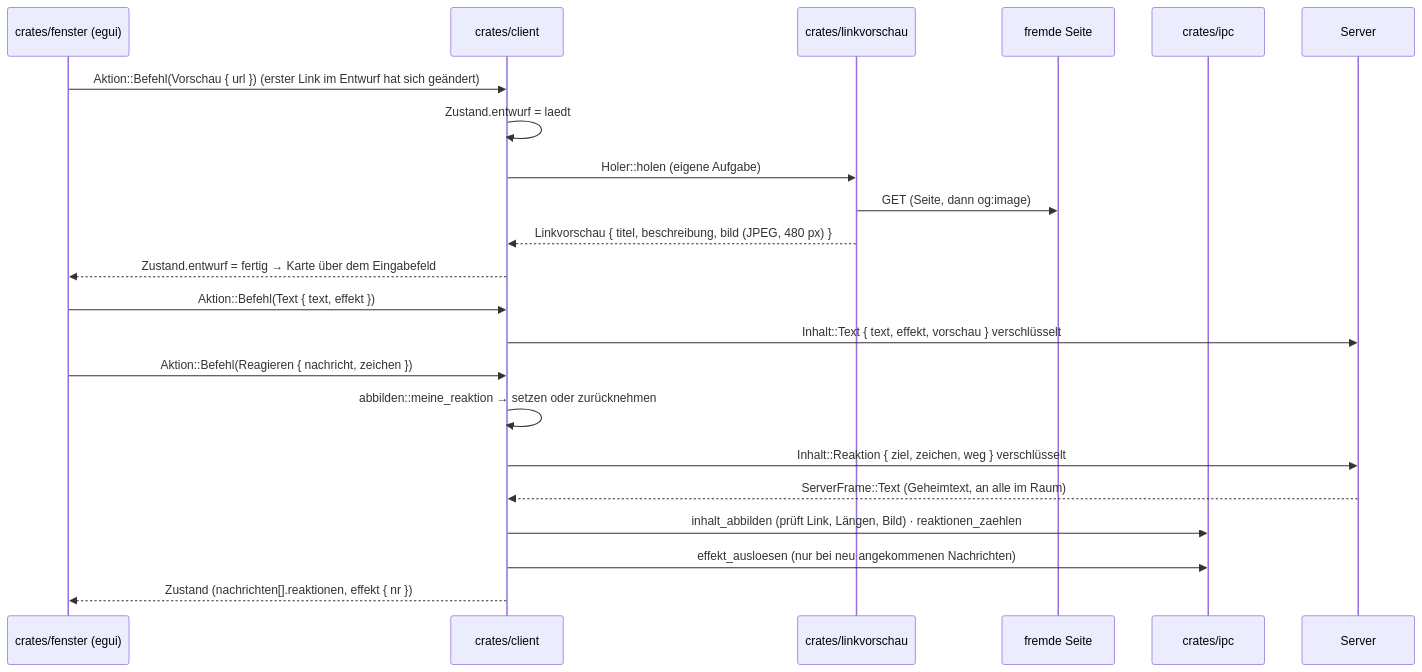
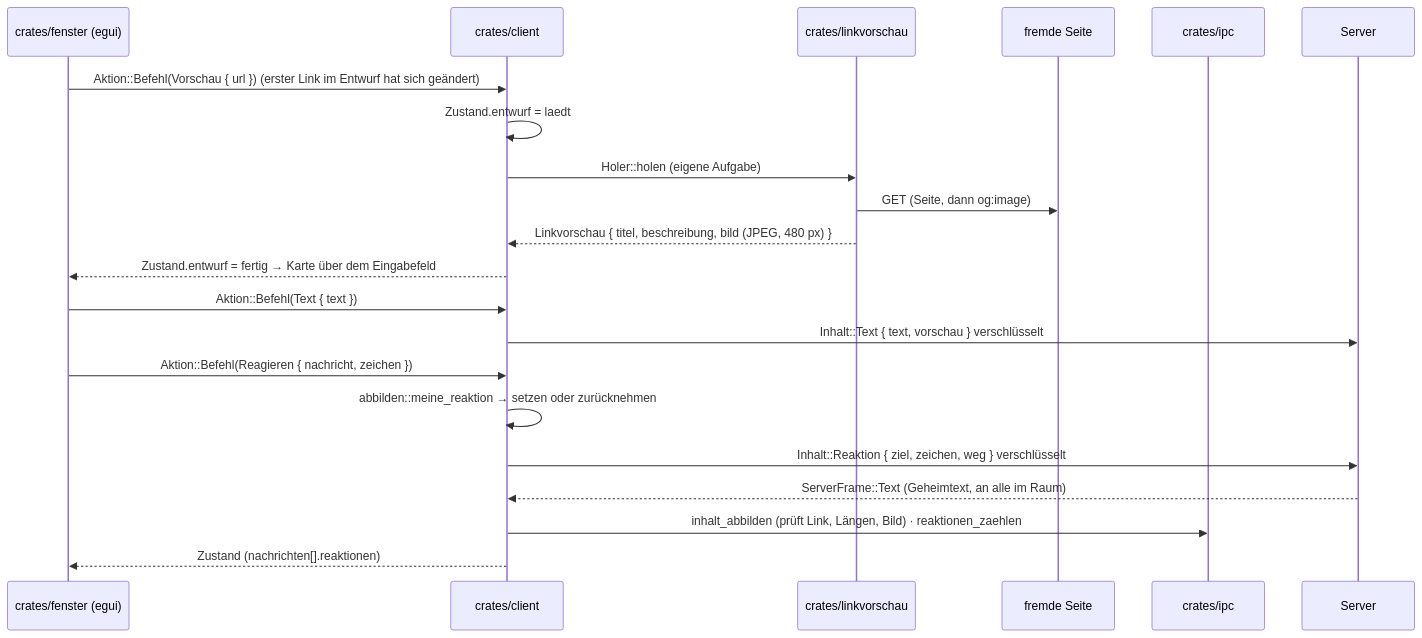
One commit to patimweb-labs/sprechwerk changed the second of 2 diagrams in docs/datenfluss.md. Above: the diagram before and after it, drawn with Mermaid. The commit also changed other lines of this file and 91 other files, not shown here.

````diff
--- a/docs/datenfluss.md
+++ b/docs/datenfluss.md
@@ -42,25 +42,24 @@
 ```mermaid
 sequenceDiagram
     participant UI as crates/fenster (egui)
     participant D as crates/client
     participant L as crates/linkvorschau
     participant W as fremde Seite
     participant I as crates/ipc
     participant S as Server
 
     UI->>D: Aktion::Befehl(Vorschau { url }) (erster Link im Entwurf hat sich geändert)
     D->>D: Zustand.entwurf = laedt
     D->>L: Holer::holen (eigene Aufgabe)
     L->>W: GET (Seite, dann og:image)
     L-->>D: Linkvorschau { titel, beschreibung, bild (JPEG, 480 px) }
     D-->>UI: Zustand.entwurf = fertig → Karte über dem Eingabefeld
-    UI->>D: Aktion::Befehl(Text { text, effekt })
-    D->>S: Inhalt::Text { text, effekt, vorschau } verschlüsselt
+    UI->>D: Aktion::Befehl(Text { text })
+    D->>S: Inhalt::Text { text, vorschau } verschlüsselt
     UI->>D: Aktion::Befehl(Reagieren { nachricht, zeichen })
     D->>D: abbilden::meine_reaktion → setzen oder zurücknehmen
     D->>S: Inhalt::Reaktion { ziel, zeichen, weg } verschlüsselt
     S-->>D: ServerFrame::Text (Geheimtext, an alle im Raum)
     D->>I: inhalt_abbilden (prüft Link, Längen, Bild) · reaktionen_zaehlen
-    D->>I: effekt_ausloesen (nur bei neu angekommenen Nachrichten)
-    D-->>UI: Zustand (nachrichten[].reaktionen, effekt { nr })
+    D-->>UI: Zustand (nachrichten[].reaktionen)
 ```
````
